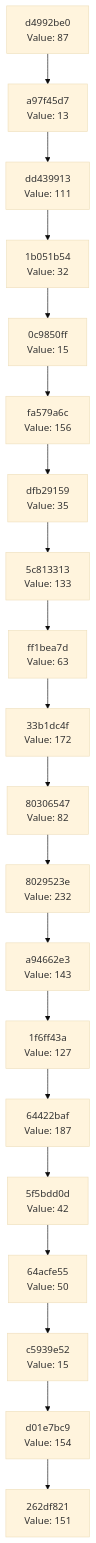
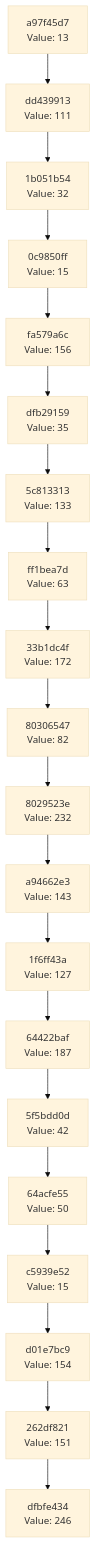
One commit to Abhisheksinha1506/hash-chain-evolver changed the diagram in docs/CHAIN_VISUALIZATION.md. Above: the diagram before and after it, drawn with Mermaid (base theme). The commit also changed 3 other files, not shown here.

````diff
--- a/docs/CHAIN_VISUALIZATION.md
+++ b/docs/CHAIN_VISUALIZATION.md
@@ -3,42 +3,42 @@
 ```mermaid
 graph TD
-    C0["262df821<br/>Value: 151"]
-    C1["d01e7bc9<br/>Value: 154"]
+    C0["dfbfe434<br/>Value: 246"]
+    C1["262df821<br/>Value: 151"]
     C1 --> C0
-    C2["c5939e52<br/>Value: 15"]
+    C2["d01e7bc9<br/>Value: 154"]
     C2 --> C1
-    C3["64acfe55<br/>Value: 50"]
+    C3["c5939e52<br/>Value: 15"]
     C3 --> C2
-    C4["5f5bdd0d<br/>Value: 42"]
+    C4["64acfe55<br/>Value: 50"]
     C4 --> C3
-    C5["64422baf<br/>Value: 187"]
+    C5["5f5bdd0d<br/>Value: 42"]
     C5 --> C4
-    C6["1f6ff43a<br/>Value: 127"]
+    C6["64422baf<br/>Value: 187"]
     C6 --> C5
-    C7["a94662e3<br/>Value: 143"]
+    C7["1f6ff43a<br/>Value: 127"]
     C7 --> C6
-    C8["8029523e<br/>Value: 232"]
+    C8["a94662e3<br/>Value: 143"]
     C8 --> C7
-    C9["80306547<br/>Value: 82"]
+    C9["8029523e<br/>Value: 232"]
     C9 --> C8
-    C10["33b1dc4f<br/>Value: 172"]
+    C10["80306547<br/>Value: 82"]
     C10 --> C9
-    C11["ff1bea7d<br/>Value: 63"]
+    C11["33b1dc4f<br/>Value: 172"]
     C11 --> C10
-    C12["5c813313<br/>Value: 133"]
+    C12["ff1bea7d<br/>Value: 63"]
     C12 --> C11
-    C13["dfb29159<br/>Value: 35"]
+    C13["5c813313<br/>Value: 133"]
     C13 --> C12
-    C14["fa579a6c<br/>Value: 156"]
+    C14["dfb29159<br/>Value: 35"]
     C14 --> C13
-    C15["0c9850ff<br/>Value: 15"]
+    C15["fa579a6c<br/>Value: 156"]
     C15 --> C14
-    C16["1b051b54<br/>Value: 32"]
+    C16["0c9850ff<br/>Value: 15"]
     C16 --> C15
-    C17["dd439913<br/>Value: 111"]
+    C17["1b051b54<br/>Value: 32"]
     C17 --> C16
-    C18["a97f45d7<br/>Value: 13"]
+    C18["dd439913<br/>Value: 111"]
     C18 --> C17
-    C19["d4992be0<br/>Value: 87"]
+    C19["a97f45d7<br/>Value: 13"]
     C19 --> C18
 ```
````
